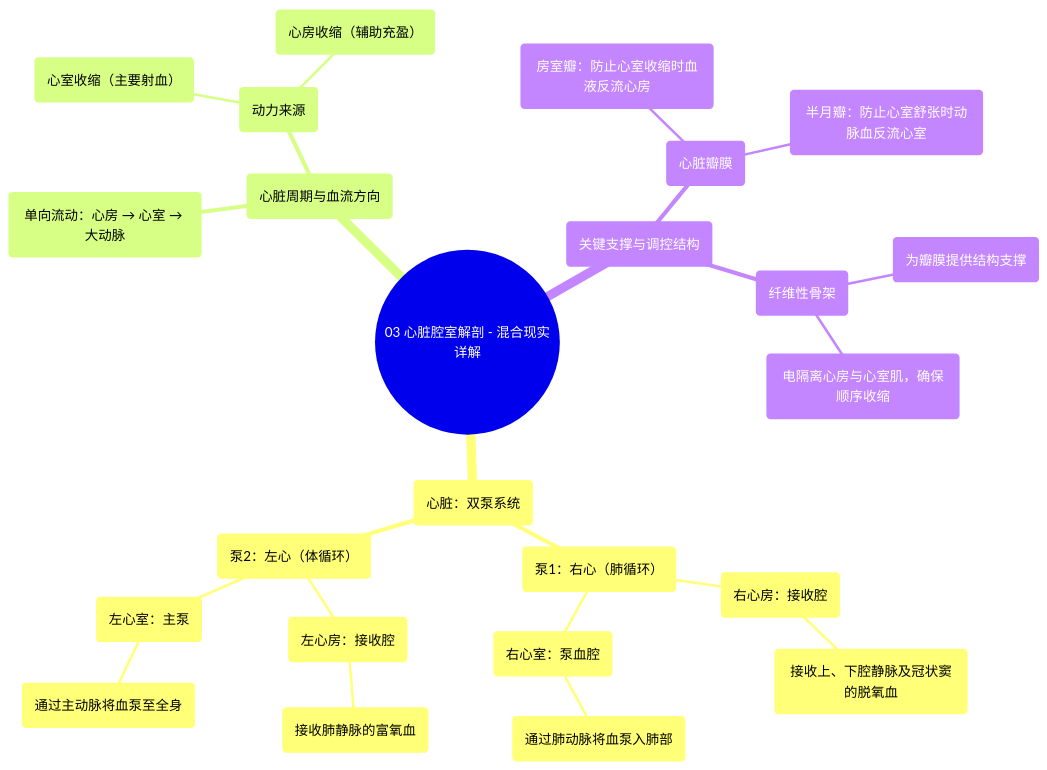
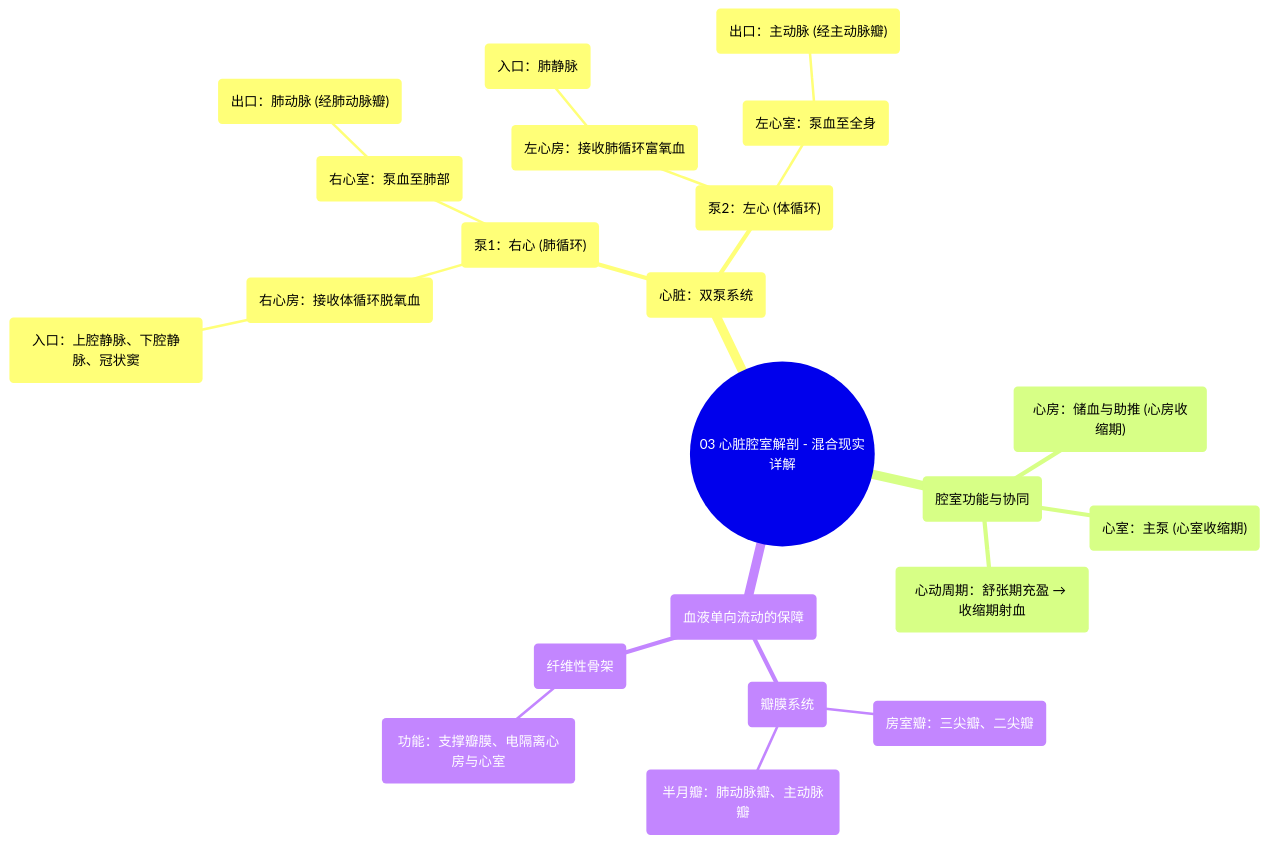
Before and after one commit to hello-47777/xinxueguan: the diagram in docs/专辑 01：心脏解剖学实景课 (Heart Anatomy - Course)/03 Heart Chambers Anatomy - Explained in Mixed Reality.md, drawn with Mermaid. The commit also changed other lines of this file and 414 other files, not shown here.

````diff
--- a/docs/专辑 01：心脏解剖学实景课 (Heart Anatomy - Course)/03 Heart Chambers Anatomy - Explained in Mixed Reality.md
+++ b/docs/专辑 01：心脏解剖学实景课 (Heart Anatomy - Course)/03 Heart Chambers Anatomy - Explained in Mixed Reality.md
@@ -53,27 +52,25 @@
 ```mermaid
 mindmap
   root(("03 心脏腔室解剖 - 混合现实详解"))
     ("心脏：双泵系统")
-      ("泵1：右心（肺循环）")
-        ("右心房：接收腔")
-          ("接收上、下腔静脉及冠状窦的脱氧血")
-        ("右心室：泵血腔")
-          ("通过肺动脉将血泵入肺部")
-      ("泵2：左心（体循环）")
-        ("左心房：接收腔")
-          ("接收肺静脉的富氧血")
-        ("左心室：主泵")
-          ("通过主动脉将血泵至全身")
-    ("心脏周期与血流方向")
-      ("单向流动：心房 → 心室 → 大动脉")
-      ("动力来源")
-        ("心房收缩（辅助充盈）")
-        ("心室收缩（主要射血）")
-    ("关键支撑与调控结构")
-      ("心脏瓣膜")
-        ("房室瓣：防止心室收缩时血液反流心房")
-        ("半月瓣：防止心室舒张时动脉血反流心室")
+      ("泵1：右心 (肺循环)")
+        ("右心房：接收体循环脱氧血")
+          ("入口：上腔静脉、下腔静脉、冠状窦")
+        ("右心室：泵血至肺部")
+          ("出口：肺动脉 (经肺动脉瓣)")
+      ("泵2：左心 (体循环)")
+        ("左心房：接收肺循环富氧血")
+          ("入口：肺静脉")
+        ("左心室：泵血至全身")
+          ("出口：主动脉 (经主动脉瓣)")
+    ("腔室功能与协同")
+      ("心房：储血与助推 (心房收缩期)")
+      ("心室：主泵 (心室收缩期)")
+      ("心动周期：舒张期充盈 → 收缩期射血")
+    ("血液单向流动的保障")
+      ("瓣膜系统")
+        ("房室瓣：三尖瓣、二尖瓣")
+        ("半月瓣：肺动脉瓣、主动脉瓣")
       ("纤维性骨架")
-        ("为瓣膜提供结构支撑")
-        ("电隔离心房与心室肌，确保顺序收缩")
+        ("功能：支撑瓣膜、电隔离心房与心室")
 ```
````
